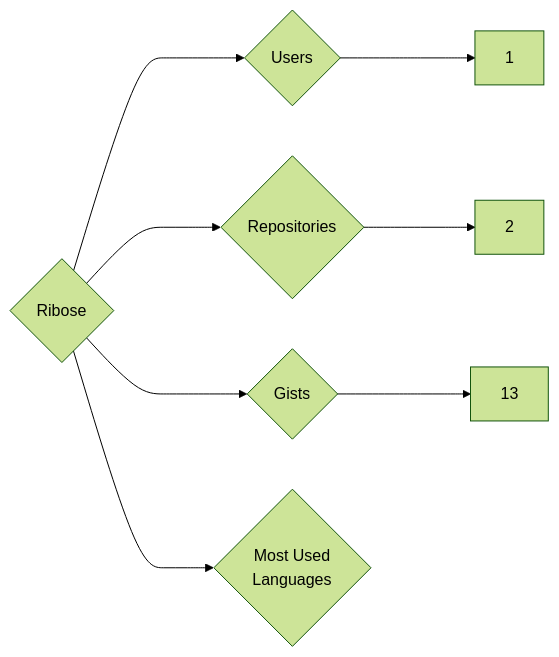
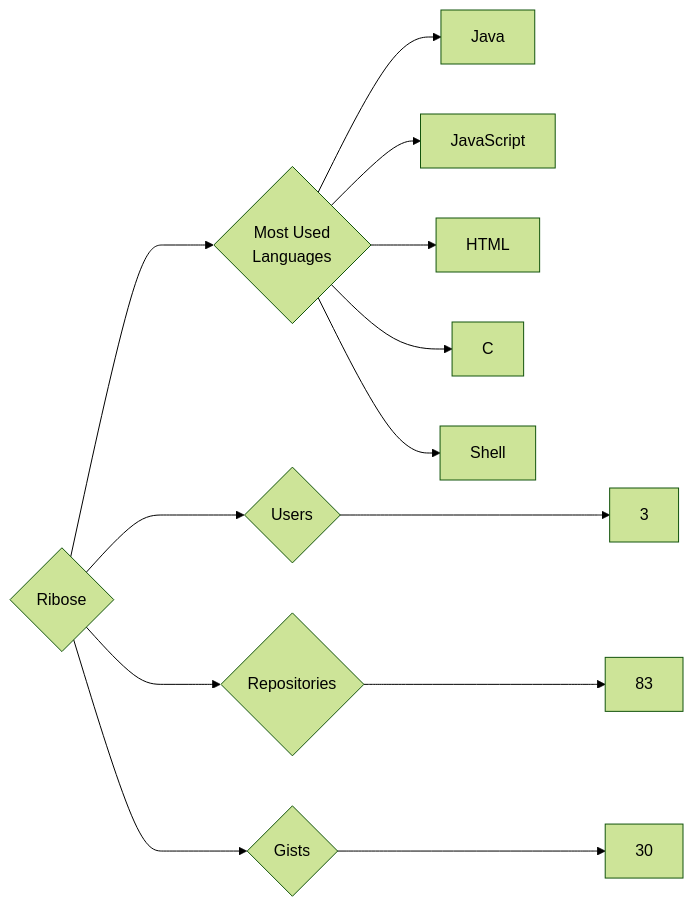
One commit to trickest/insiders changed the diagram in targets/Ribose/README.md. Above: the diagram before and after it, drawn with Mermaid (forest theme). The commit also changed 799 other files, not shown here.

````diff
--- a/targets/Ribose/README.md
+++ b/targets/Ribose/README.md
@@ -3,8 +3,13 @@
 ```mermaid
 graph LR
 COMPANY_NAME{Ribose}
-COMPANY_NAME ---> U{Users} ---> UN[1]
-COMPANY_NAME ---> R{Repositories} ---> RN[2]
-COMPANY_NAME ---> G{Gists} ---> GN[13]
+COMPANY_NAME ---> U{Users} ---> UN[3]
+COMPANY_NAME ---> R{Repositories} ---> RN[83]
+COMPANY_NAME ---> G{Gists} ---> GN[30]
 COMPANY_NAME ---> ML{Most Used<br>Languages}
+ML --> Java[Java]
+ML --> JavaScript[JavaScript]
+ML --> HTML[HTML]
+ML --> C[C]
+ML --> Shell[Shell]
 ```
````
